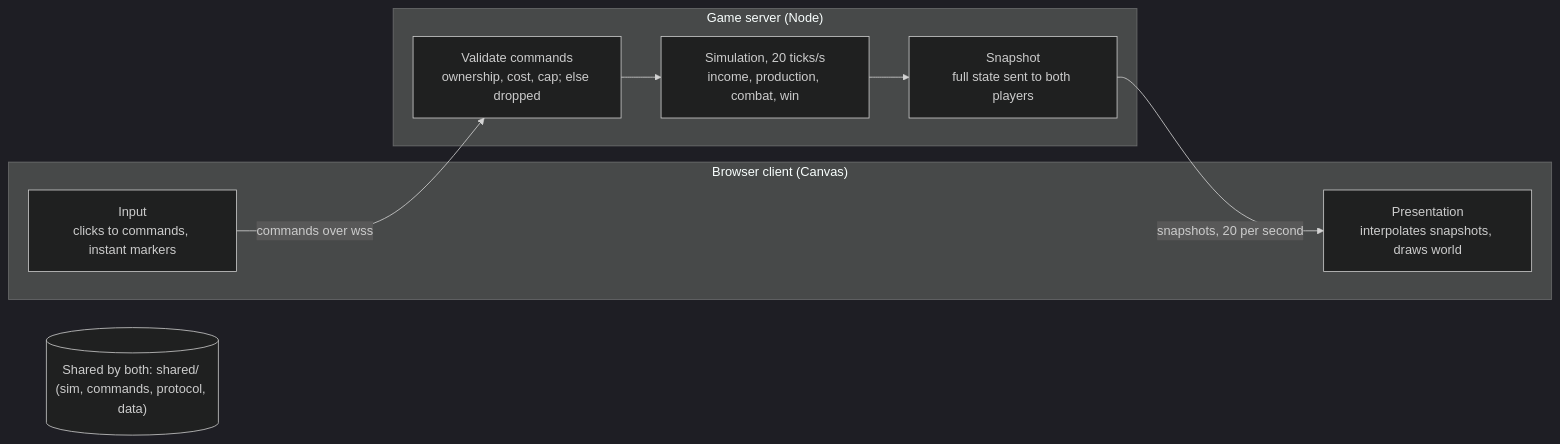
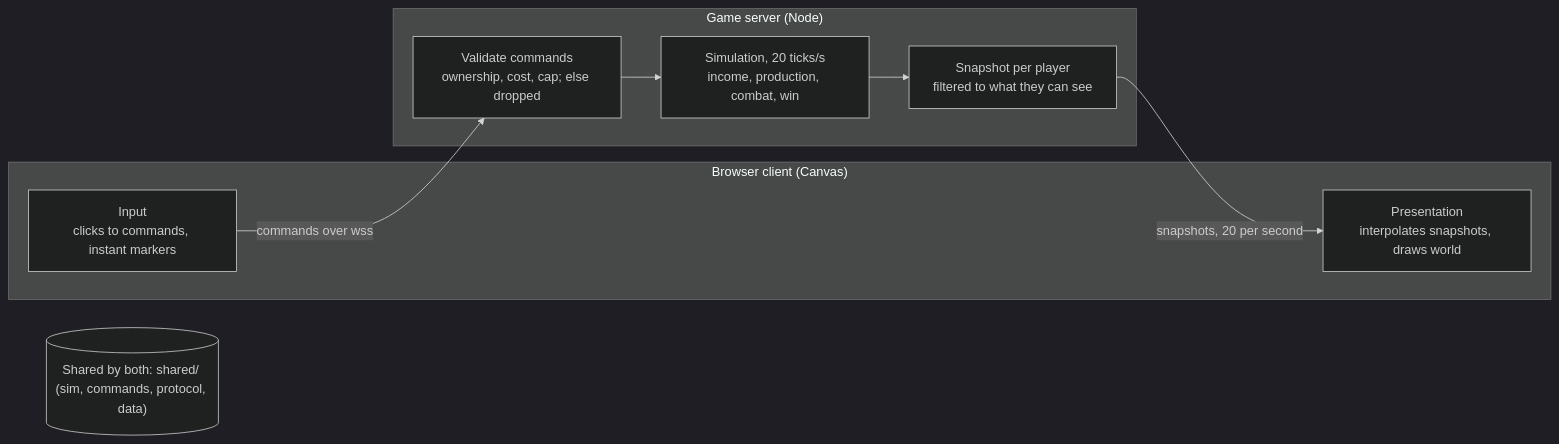
One commit to MarcialPimentel/another-rts changed the first of 2 diagrams in docs/GDD.md. Above: the diagram before and after it, drawn with Mermaid (dark theme). The commit also changed other lines of this file and 20 other files, not shown here.

````diff
--- a/docs/GDD.md
+++ b/docs/GDD.md
@@ -61,16 +61,16 @@
 ```mermaid
 flowchart LR
     subgraph Client["Browser client (Canvas)"]
         Input["Input<br/>clicks to commands, instant markers"]
         Pres["Presentation<br/>interpolates snapshots, draws world"]
     end
     subgraph Server["Game server (Node)"]
         Val["Validate commands<br/>ownership, cost, cap; else dropped"]
         Sim["Simulation, 20 ticks/s<br/>income, production, combat, win"]
-        Snap["Snapshot<br/>full state sent to both players"]
+        Snap["Snapshot per player<br/>filtered to what they can see"]
     end
     Input -- "commands over wss" --> Val
     Val --> Sim --> Snap
     Snap -- "snapshots, 20 per second" --> Pres
     Shared[("Shared by both: shared/ (sim, commands, protocol, data)")]
 ```
````
